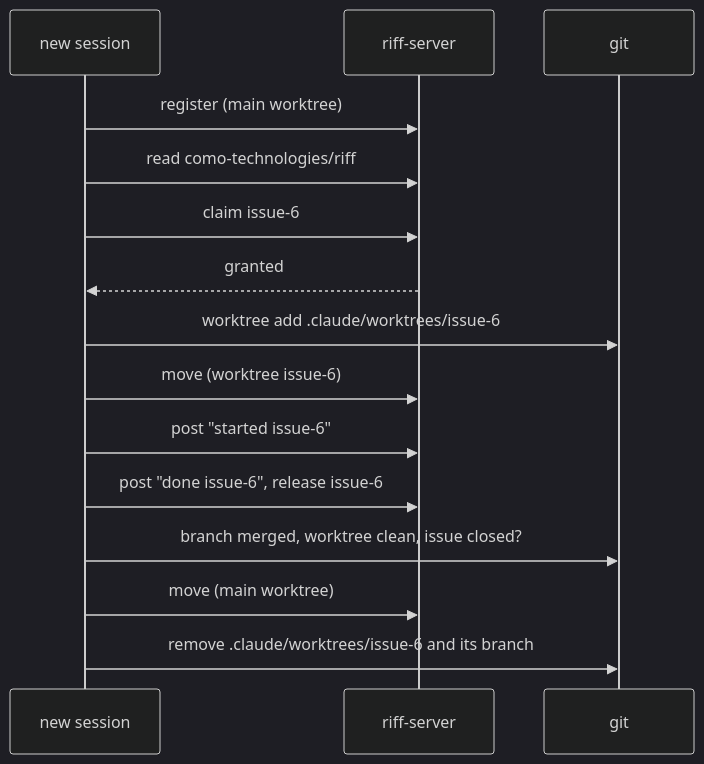
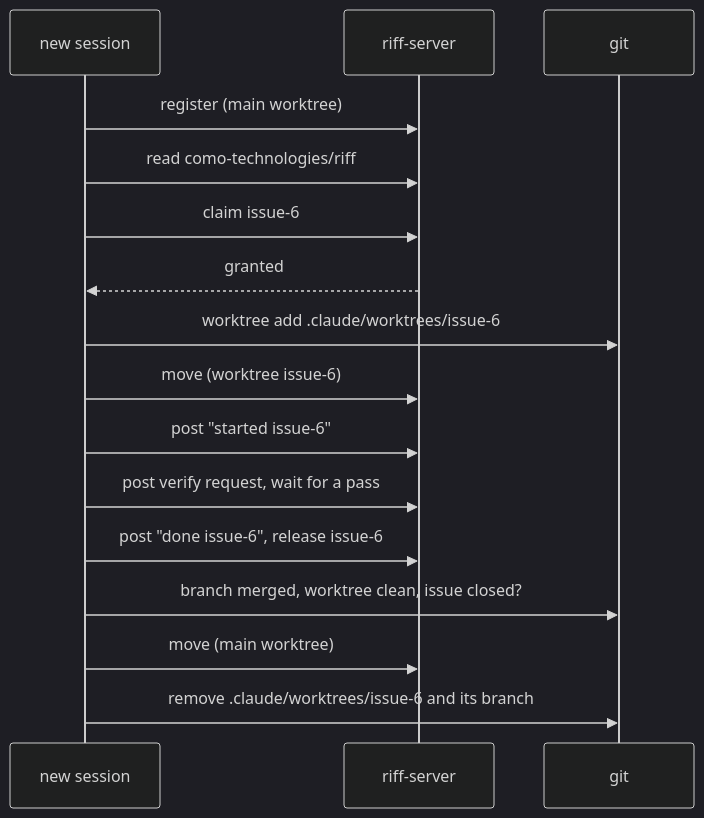
Before and after one commit to como-technologies/riff: the fourth of 13 diagrams in docs/src/how-it-works.md, drawn with Mermaid (dark theme). The commit also changed other lines of this file and 3 other files, not shown here.

````diff
--- a/docs/src/how-it-works.md
+++ b/docs/src/how-it-works.md
@@ -123,17 +123,18 @@
 ```mermaid
 sequenceDiagram
     participant S as new session
     participant E as riff-server
     participant G as git
     S->>E: register (main worktree)
     S->>E: read como-technologies/riff
     S->>E: claim issue-6
     E-->>S: granted
     S->>G: worktree add .claude/worktrees/issue-6
     S->>E: move (worktree issue-6)
     S->>E: post "started issue-6"
+    S->>E: post verify request, wait for a pass
     S->>E: post "done issue-6", release issue-6
     S->>G: branch merged, worktree clean, issue closed?
     S->>E: move (main worktree)
     S->>G: remove .claude/worktrees/issue-6 and its branch
 ```
````
